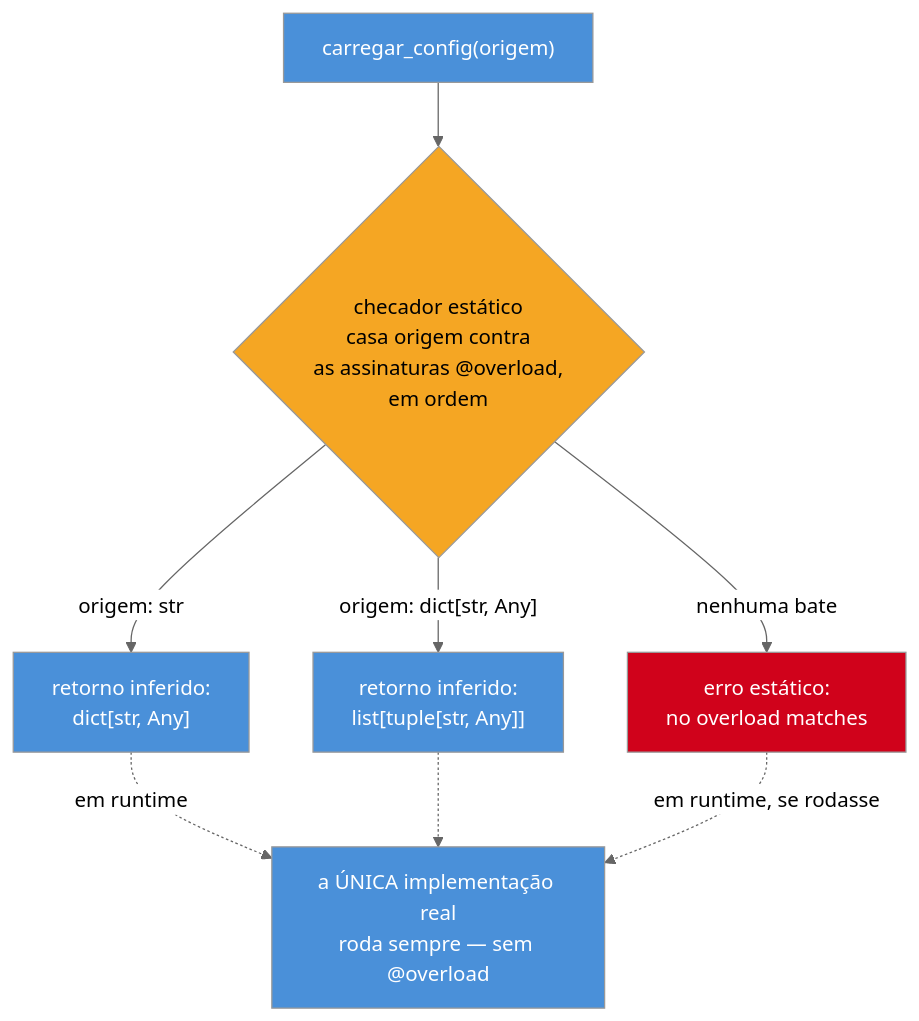
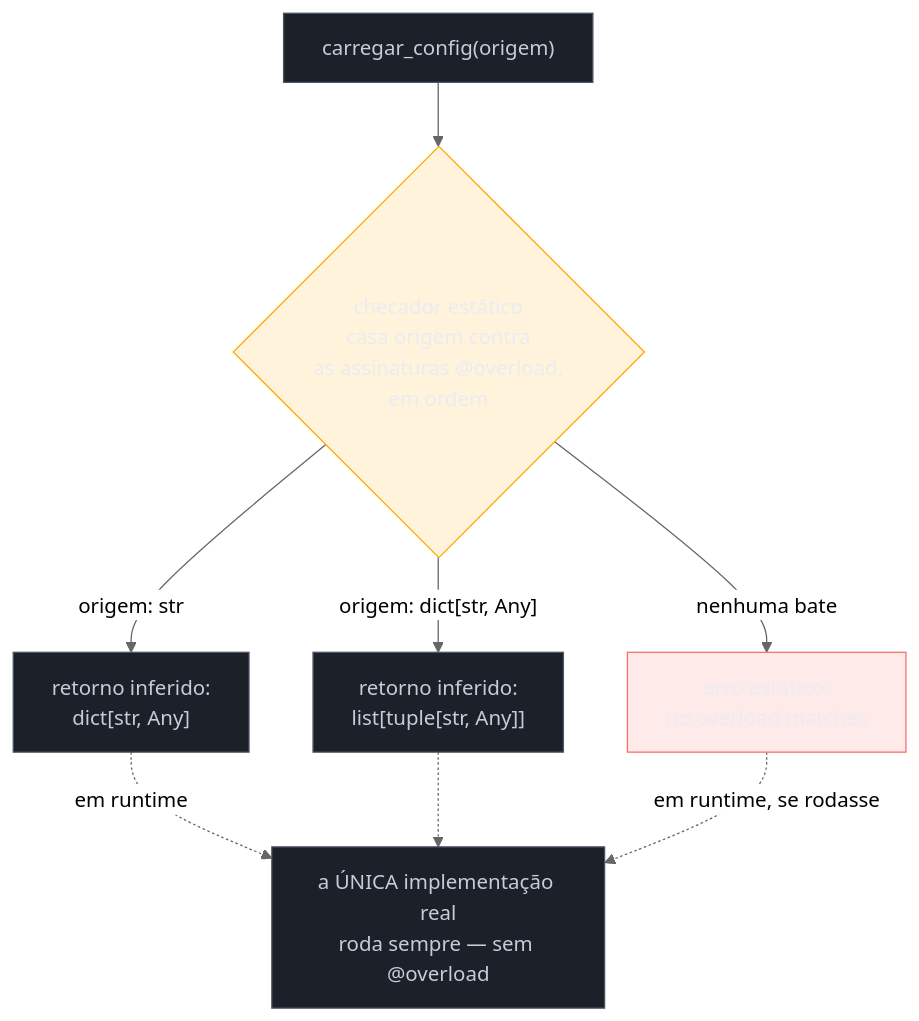
The first of 4 diagrams in 03-Dominios/Tecnologia/Python/Tipagem moderna/07 - Typing avançado — overload, Self, ParamSpec.md (josenaldo/codex-technomanticus), drawn with Mermaid (neutral theme) before and after one commit. The commit also changed other lines of this file and 1181 other files, not shown here.

First line of the commit message:
fix(diagramas): paleta do sistema no lugar de cor cravada no markdown

````diff
--- a/03-Dominios/Tecnologia/Python/Tipagem moderna/07 - Typing avançado — overload, Self, ParamSpec.md
+++ b/03-Dominios/Tecnologia/Python/Tipagem moderna/07 - Typing avançado — overload, Self, ParamSpec.md
@@ -70,18 +70,21 @@
 ```mermaid
 flowchart TD
+    classDef neutro fill:#1B2029,stroke:#4E5666,color:#C6CCD8
+    classDef destaque fill:#FFAA0024,stroke:#FFAA00,color:#E9ECF2
+    classDef falha fill:#FF6B6B24,stroke:#FF6B6B,color:#E9ECF2
     A["carregar_config(origem)"] --> B{"checador estático<br/>casa origem contra<br/>as assinaturas @overload,<br/>em ordem"}
     B -->|"origem: str"| C["retorno inferido:<br/>dict[str, Any]"]
     B -->|"origem: dict[str, Any]"| D["retorno inferido:<br/>list[tuple[str, Any]]"]
     B -->|"nenhuma bate"| E["erro estático:<br/>no overload matches"]
 
     C -.->|"em runtime"| F["a ÚNICA implementação real<br/>roda sempre — sem @overload"]
     D -.-> F
     E -.->|"em runtime, se rodasse"| F
 
-    style A fill:#4A90D9,color:#fff
-    style B fill:#F5A623,color:#000
-    style C fill:#4A90D9,color:#fff
-    style D fill:#4A90D9,color:#fff
-    style E fill:#D0021B,color:#fff
-    style F fill:#4A90D9,color:#fff
+    class A neutro
+    class B destaque
+    class C neutro
+    class D neutro
+    class E falha
+    class F neutro
 ```
````
